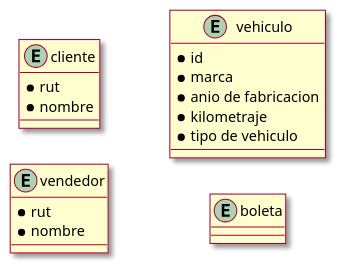
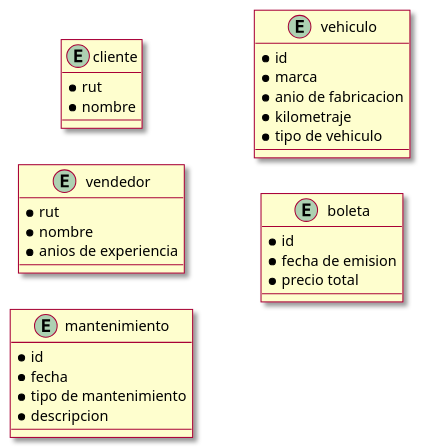
One commit to vidente130/Taller-N-4 changed the diagram in src/Dominio.puml. Above: the diagram before and after it, drawn with PlantUML.

Commit message:
actualizacion del modelo de dominio

```diff
--- a/src/Dominio.puml
+++ b/src/Dominio.puml
@@ -1,31 +1,41 @@
 @startuml
 'https://plantuml.com/sequence-diagram
 
 left to right direction
 skin rose
 
 entity cliente{
 *rut
 *nombre
 }
 
 entity vendedor {
 *rut
 *nombre
+*anios de experiencia
+}
+
+entity mantenimiento{
+*id
+*fecha
+*tipo de mantenimiento
+*descripcion
 }
 
 entity vehiculo{
 *id
 *marca
 *anio de fabricacion
 *kilometraje
 *tipo de vehiculo
 }
 
 entity boleta{
-
+*id
+*fecha de emision
+*precio total
 }
 
 
 
 @enduml
```
